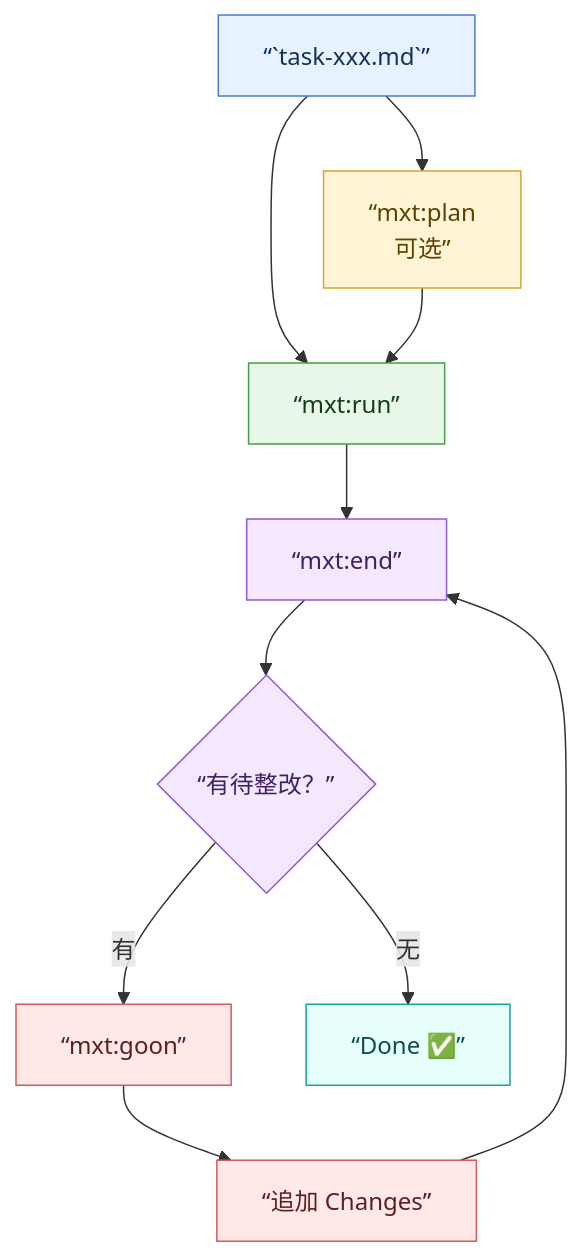
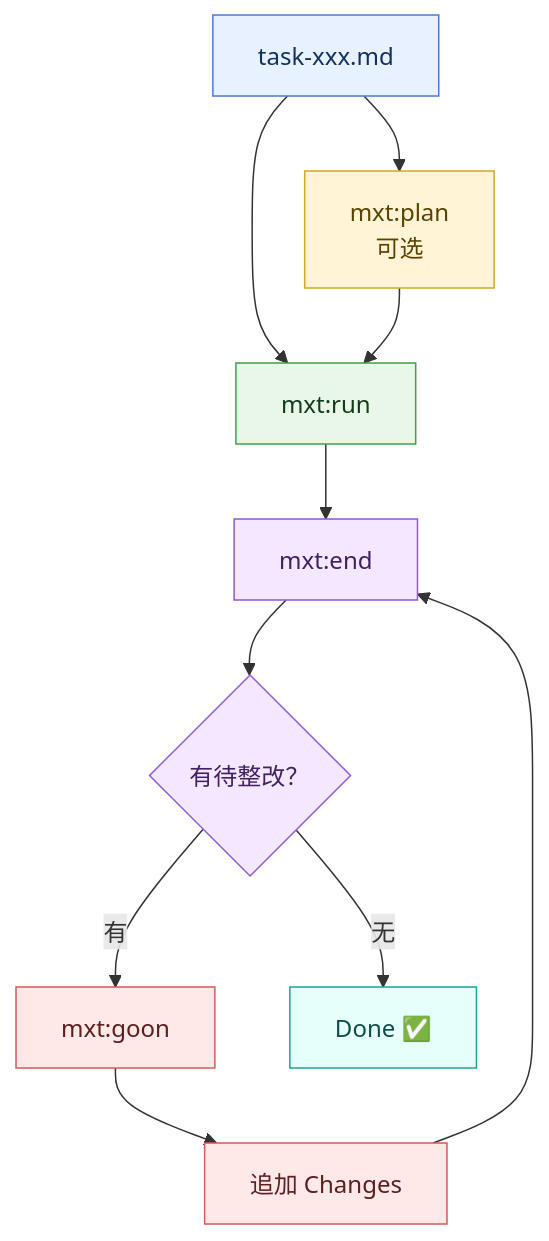
One commit to silentbalanceyh/r2mo-lain changed the diagram in README.md. Above: the diagram before and after it, drawn with Mermaid. The commit also changed other lines of this file and 133 other files, not shown here.

````diff
--- a/README.md
+++ b/README.md
@@ -131,26 +80,26 @@
 ```mermaid
 flowchart TD
-    A[“`task-xxx.md`”] --> B[“mxt:plan<br/>可选”]
-    A --> C[“mxt:run”]
+    A["task-xxx.md"] --> B["mxt:plan<br/>可选"]
+    A --> C["mxt:run"]
     B --> C
-    C --> D[“mxt:end”]
-    D --> E{“有待整改？”}
-    E -- 有 --> F[“mxt:goon”]
-    F --> G[“追加 Changes”]
+    C --> D["mxt:end"]
+    D --> E{"有待整改？"}
+    E -- 有 --> F["mxt:goon"]
+    F --> G["追加 Changes"]
     G --> D
-    E -- 无 --> H[“Done ✅”]
+    E -- 无 --> H["Done ✅"]
 
     classDef requirement fill:#e8f1ff,stroke:#4a7bd1,color:#12325b
     classDef optional fill:#fff4d6,stroke:#d4a72c,color:#5b4300
     classDef execute fill:#e8f7e8,stroke:#43a047,color:#123d1b
     classDef verify fill:#f3e8ff,stroke:#8e5ad7,color:#41215f
     classDef remediate fill:#ffe8e8,stroke:#d45a5a,color:#5d1f1f
     classDef done fill:#e6fffb,stroke:#1aa39a,color:#0f4f4a
 
     class A requirement
     class B optional
     class C execute
     class D,E verify
     class F,G remediate
     class H done
 ```
````
